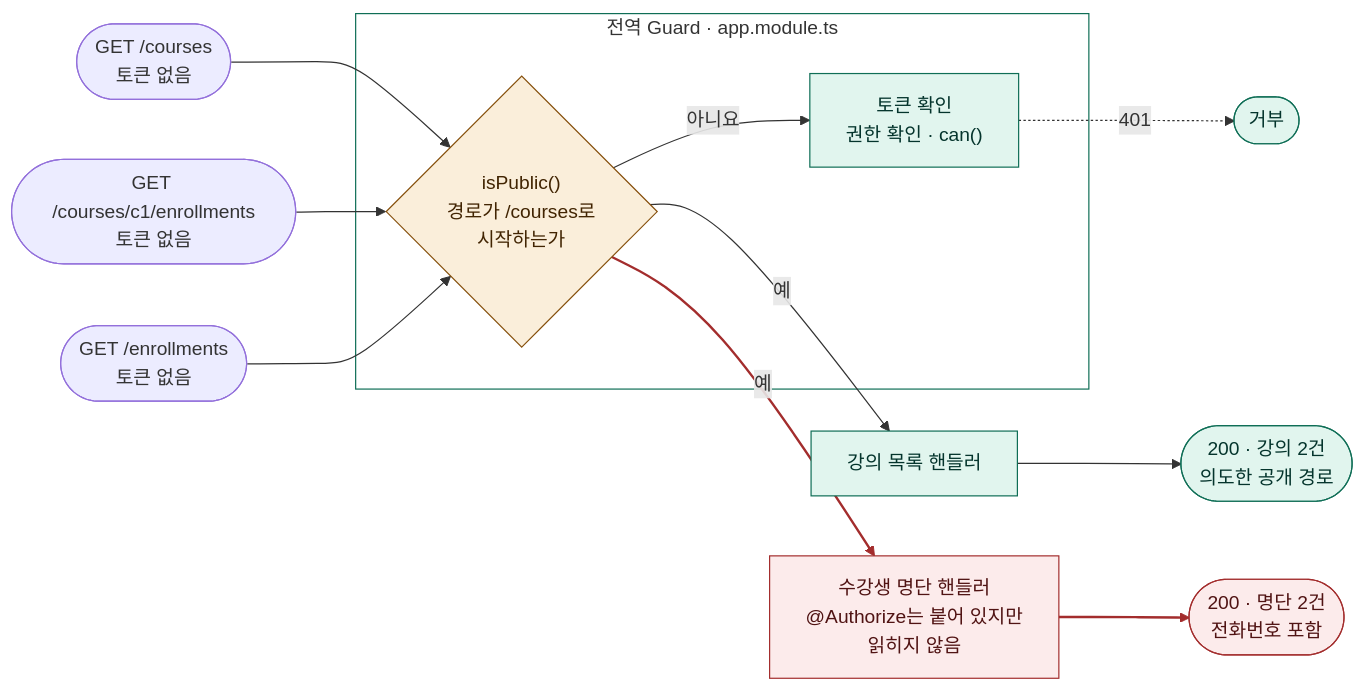
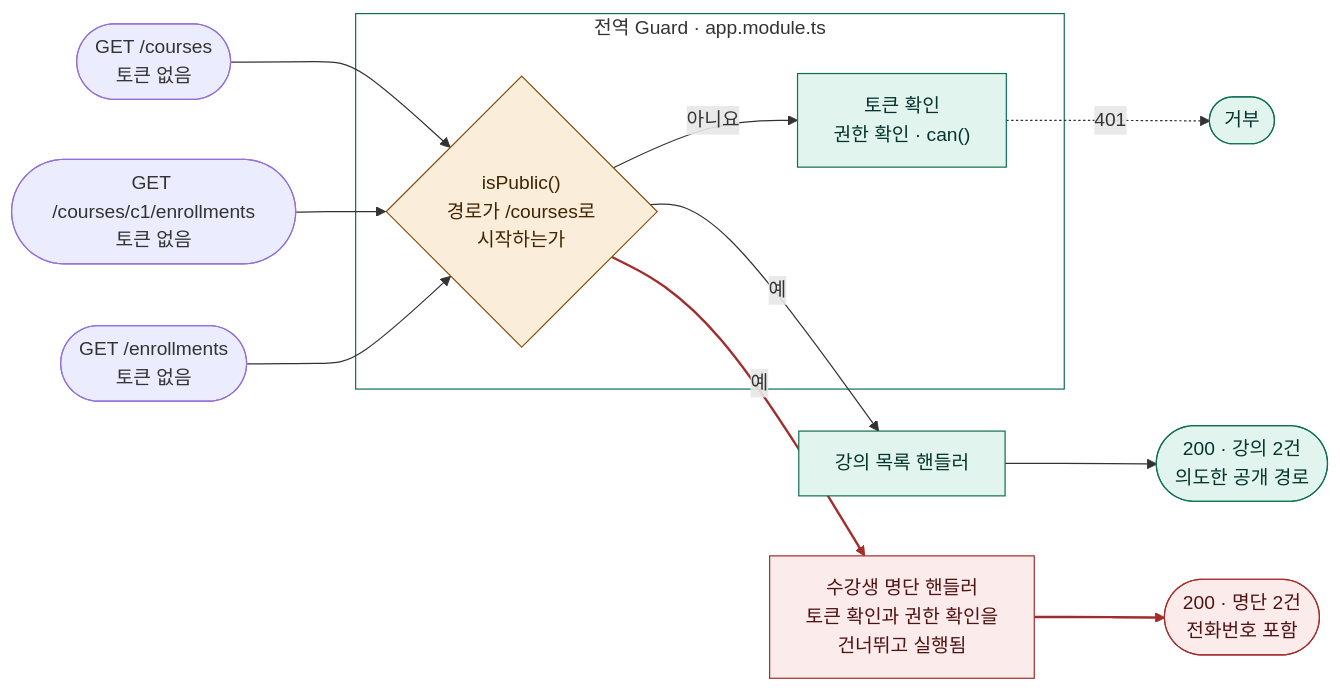
Before and after one commit to loquemedalagana/secure-enroll-demo: the first of 4 diagrams in docs/diagnosis/defect-2.md, drawn with Mermaid. The commit also changed other lines of this file, not shown here.

First line of the commit message:
docs: 결함 2 보고서 그림의 명단 핸들러 상자와 서버 상자를 고침

````diff
--- a/docs/diagnosis/defect-2.md
+++ b/docs/diagnosis/defect-2.md
@@ -101,30 +101,30 @@
 ```mermaid
 flowchart LR
   req1(["GET /courses<br/>토큰 없음"])
   req2(["GET /courses/c1/enrollments<br/>토큰 없음"])
   req3(["GET /enrollments<br/>토큰 없음"])
 
   subgraph pep["전역 Guard · app.module.ts"]
     q{"isPublic()<br/>경로가 /courses로<br/>시작하는가"}
     g["토큰 확인<br/>권한 확인 · can()"]
     q -- "아니요" --> g
   end
 
   req1 --> q
   req2 --> q
   req3 --> q
   q -- "예" --> h1["강의 목록 핸들러"]
-  q -- "예" --> h2["수강생 명단 핸들러<br/>@Authorize는 붙어 있지만<br/>읽히지 않음"]
+  q -- "예" --> h2["수강생 명단 핸들러<br/>토큰 확인과 권한 확인을<br/>건너뛰고 실행됨"]
   g -. "401" .-> out1(["거부"])
   h1 --> ok(["200 · 강의 2건<br/>의도한 공개 경로"])
   h2 --> bad(["200 · 명단 2건<br/>전화번호 포함"])
 
   classDef safe fill:#E1F5EE,stroke:#0F6E56,color:#04342C
   classDef danger fill:#FCEBEB,stroke:#A32D2D,color:#501313
   classDef check fill:#FAEEDA,stroke:#854F0B,color:#412402
   class g,out1,h1,ok safe
   class h2,bad danger
   class q check
   style pep fill:none,stroke:#0F6E56
   linkStyle 5,8 stroke:#A32D2D,stroke-width:2px
 ```
````
